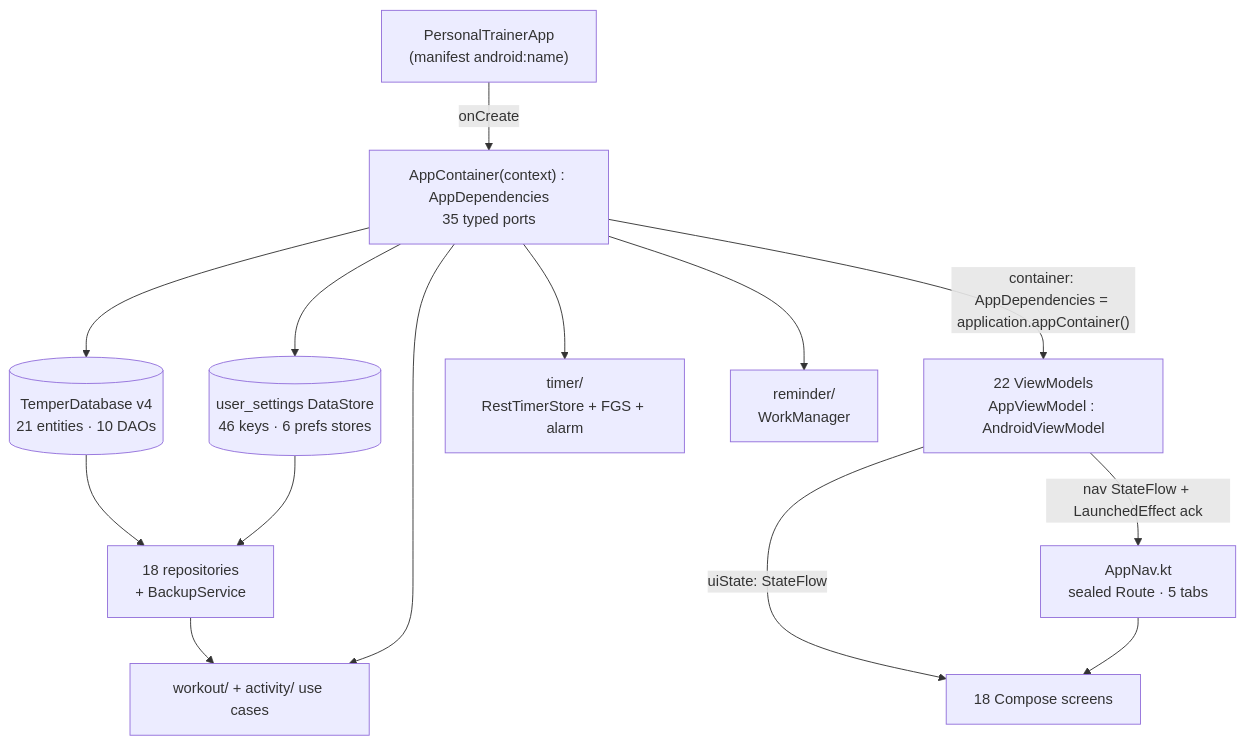
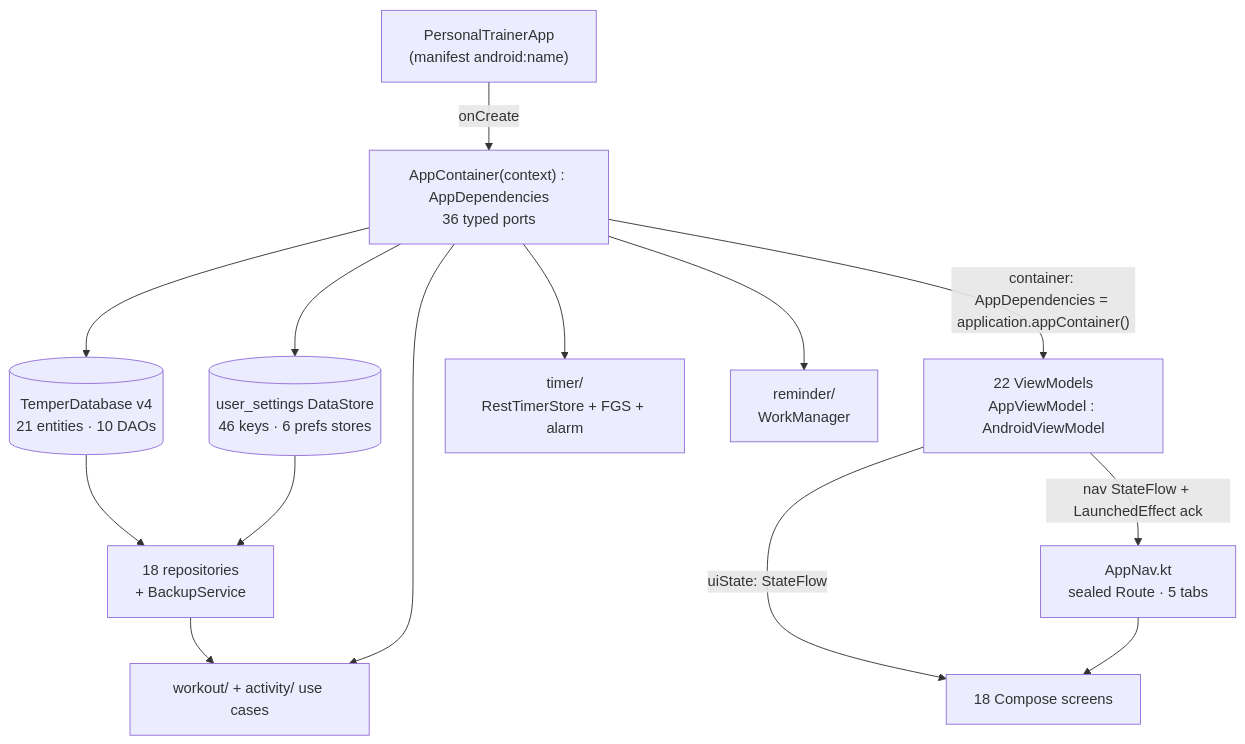
One commit to sinura7/PersonalTrainer changed the diagram in docs/architecture/CURRENT_STRUCTURE.md. Above: the diagram before and after it, drawn with Mermaid. The commit also changed other lines of this file and 39 other files, not shown here.

````diff
--- a/docs/architecture/CURRENT_STRUCTURE.md
+++ b/docs/architecture/CURRENT_STRUCTURE.md
@@ -70,28 +70,28 @@
 ```mermaid
 flowchart TB
     PTA["PersonalTrainerApp<br/>(manifest android:name)"]
-    AC["AppContainer(context) : AppDependencies<br/>35 typed ports"]
+    AC["AppContainer(context) : AppDependencies<br/>36 typed ports"]
     DB[("TemperDatabase v4<br/>21 entities · 10 DAOs")]
     PREFS[("user_settings DataStore<br/>46 keys · 6 prefs stores")]
     REPOS["18 repositories<br/>+ BackupService"]
     UC["workout/ + activity/ use cases"]
     VMS["22 ViewModels<br/>AppViewModel : AndroidViewModel"]
     NAV["AppNav.kt<br/>sealed Route · 5 tabs"]
     SCR["18 Compose screens"]
     TIM["timer/<br/>RestTimerStore + FGS + alarm"]
     REM["reminder/<br/>WorkManager"]
 
     PTA -->|onCreate| AC
     AC --> DB
     AC --> PREFS
     DB --> REPOS
     PREFS --> REPOS
     REPOS --> UC
     AC --> UC
     AC --> TIM
     AC --> REM
     AC -->|"container: AppDependencies = application.appContainer()"| VMS
     VMS -->|"uiState: StateFlow"| SCR
     VMS -->|"nav StateFlow + LaunchedEffect ack"| NAV
     NAV --> SCR
 ```
````
